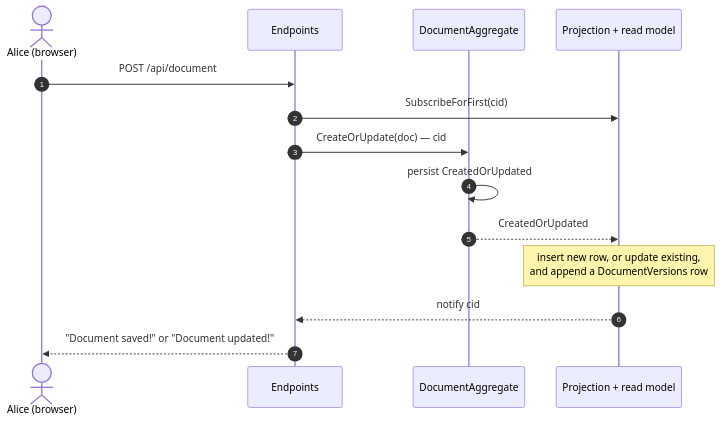
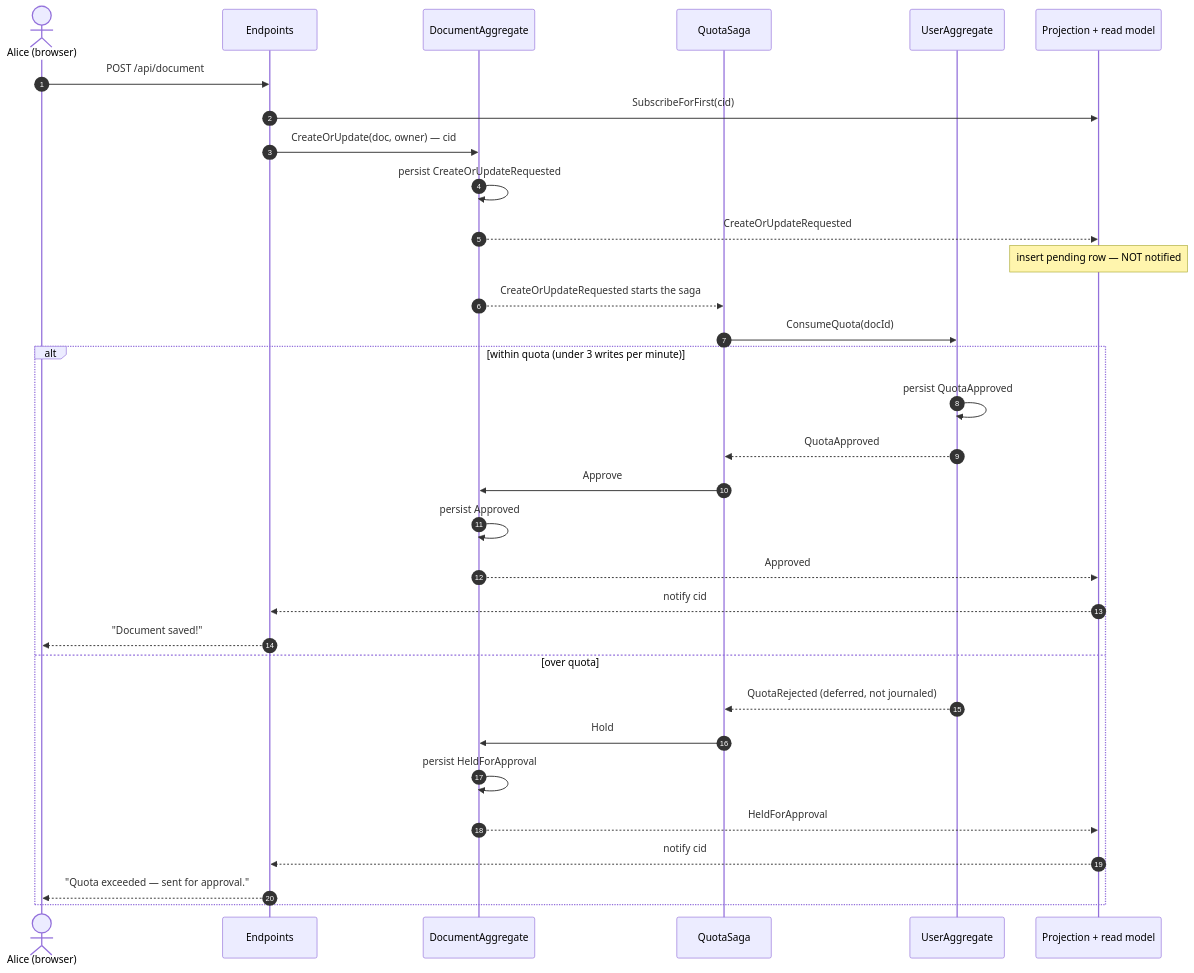
The second of 4 diagrams in docs/diagrams.md (OnurGumus/focument_workshop), drawn with Mermaid before and after one commit. The commit also changed other lines of this file and 23 other files, not shown here.

First line of the commit message:
Per-user write quota via a User aggregate + saga

````diff
--- a/docs/diagrams.md
+++ b/docs/diagrams.md
@@ -49,17 +60,36 @@
 ```mermaid
 sequenceDiagram
     autonumber
     actor U as Alice (browser)
     participant W as Endpoints
     participant D as DocumentAggregate
+    participant S as QuotaSaga
+    participant Q as UserAggregate
     participant P as Projection + read model
 
     U->>W: POST /api/document
     W->>P: SubscribeForFirst(cid)
-    W->>D: CreateOrUpdate(doc) — cid
-    D->>D: persist CreatedOrUpdated
-    D-->>P: CreatedOrUpdated
-    Note over P: insert new row, or update existing,<br/>and append a DocumentVersions row
-    P-->>W: notify cid
-    W-->>U: "Document saved!" or "Document updated!"
+    W->>D: CreateOrUpdate(doc, owner) — cid
+    D->>D: persist CreateOrUpdateRequested
+    D-->>P: CreateOrUpdateRequested
+    Note over P: insert pending row — NOT notified
+    D-->>S: CreateOrUpdateRequested starts the saga
+    S->>Q: ConsumeQuota(docId)
+
+    alt within quota (under 3 writes per minute)
+        Q->>Q: persist QuotaApproved
+        Q-->>S: QuotaApproved
+        S->>D: Approve
+        D->>D: persist Approved
+        D-->>P: Approved
+        P-->>W: notify cid
+        W-->>U: "Document saved!"
+    else over quota
+        Q-->>S: QuotaRejected (deferred, not journaled)
+        S->>D: Hold
+        D->>D: persist HeldForApproval
+        D-->>P: HeldForApproval
+        P-->>W: notify cid
+        W-->>U: "Quota exceeded — sent for approval."
+    end
 ```
````
